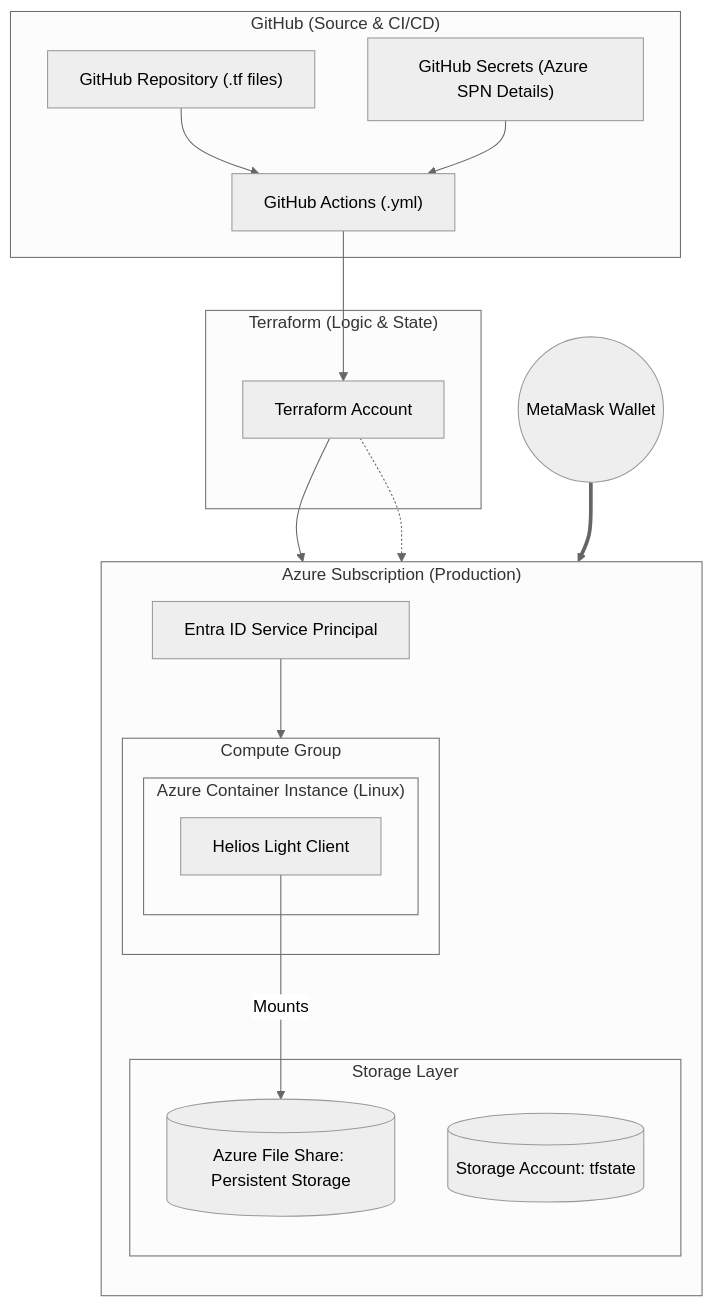
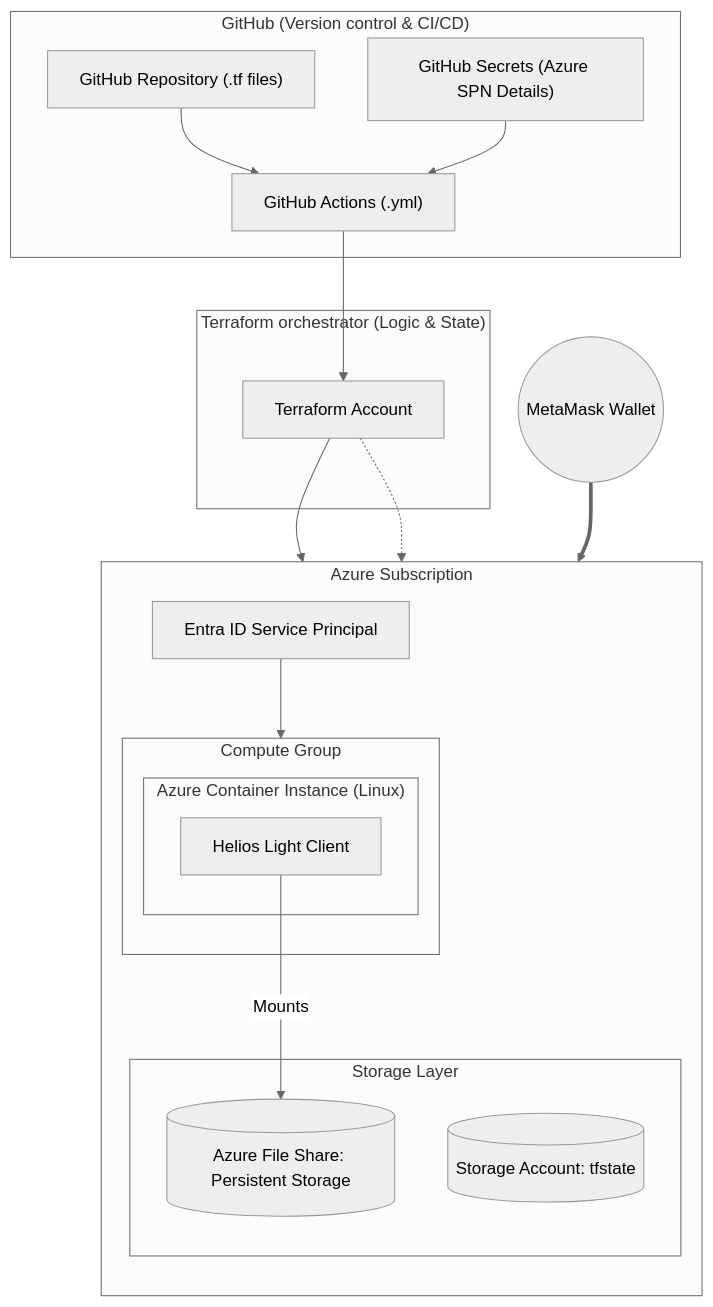
The third of 3 diagrams in HighLevelDesign.md (vfr750y/Cost-Optimized-Ethereum-Node-On-Azure), drawn with Mermaid (neutral theme) before and after one commit.

Commit message:
edit high level design

````diff
--- a/HighLevelDesign.md
+++ b/HighLevelDesign.md
@@ -77,43 +77,43 @@
 ```mermaid
 graph TB
-    subgraph GitHub ["GitHub (Source & CI/CD)"]
+    subgraph GitHub ["GitHub (Version control & CI/CD)"]
         repo["GitHub Repository (.tf files)"]
         actions["GitHub Actions (.yml)"]
         secrets["GitHub Secrets (Azure SPN Details)"]
     end
 
-    subgraph TF_Cloud ["Terraform (Logic & State)"]
+    subgraph TF_Cloud ["Terraform orchestrator (Logic & State)"]
         TF["Terraform Account"]
     end
 
-    subgraph Azure ["Azure Subscription (Production)"]
+    subgraph Azure ["Azure Subscription"]
         direction TB
         SPN["Entra ID Service Principal"]
         
         subgraph Data_Storage ["Storage Layer"]
             State[("Storage Account: tfstate")]
             FS[("Azure File Share: Persistent Storage")]
         end
 
         subgraph Runtime ["Compute Group"]
             subgraph ACI_Instance ["Azure Container Instance (Linux)"]
                 Helios["Helios Light Client"]
             end
         end
     end
 
     User((MetaMask Wallet))
 
     %% CI/CD Flow
     repo & secrets --> actions
     actions --> TF
 
     %% Infrastructure Flow
     TF --> SPN
     SPN --> Runtime
     TF -.-> State
 
     %% Execution & Persistence
     Helios -- "Mounts" --> FS
     User ==> Helios
 ```
````
